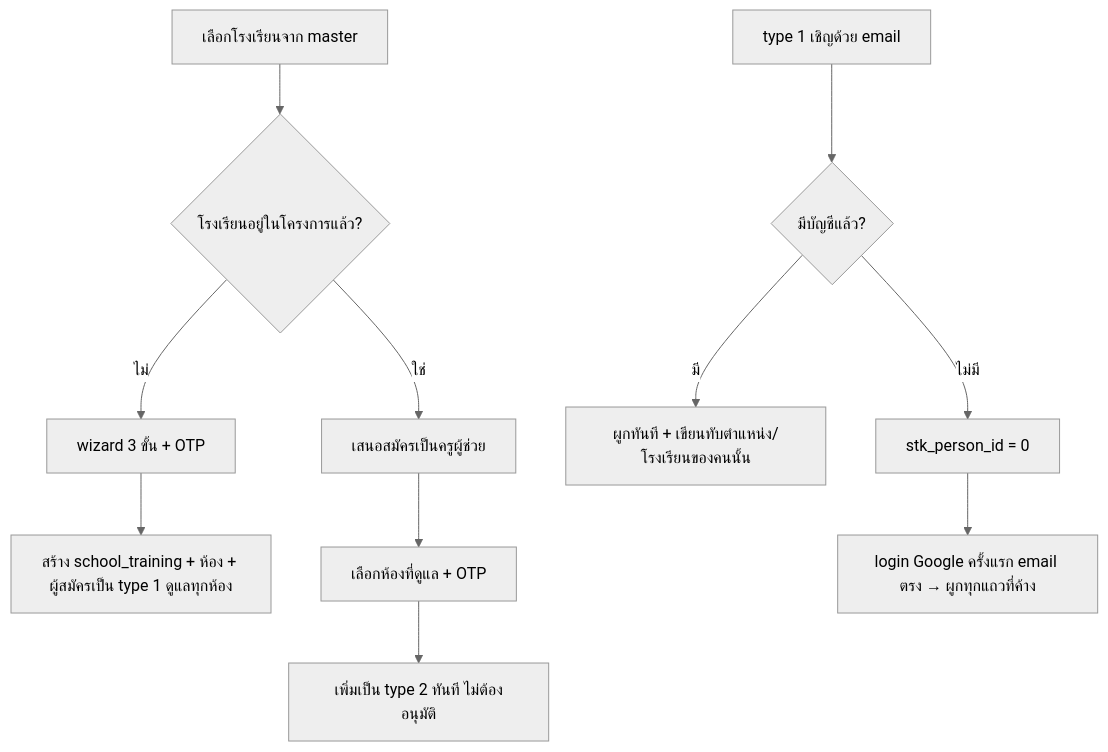
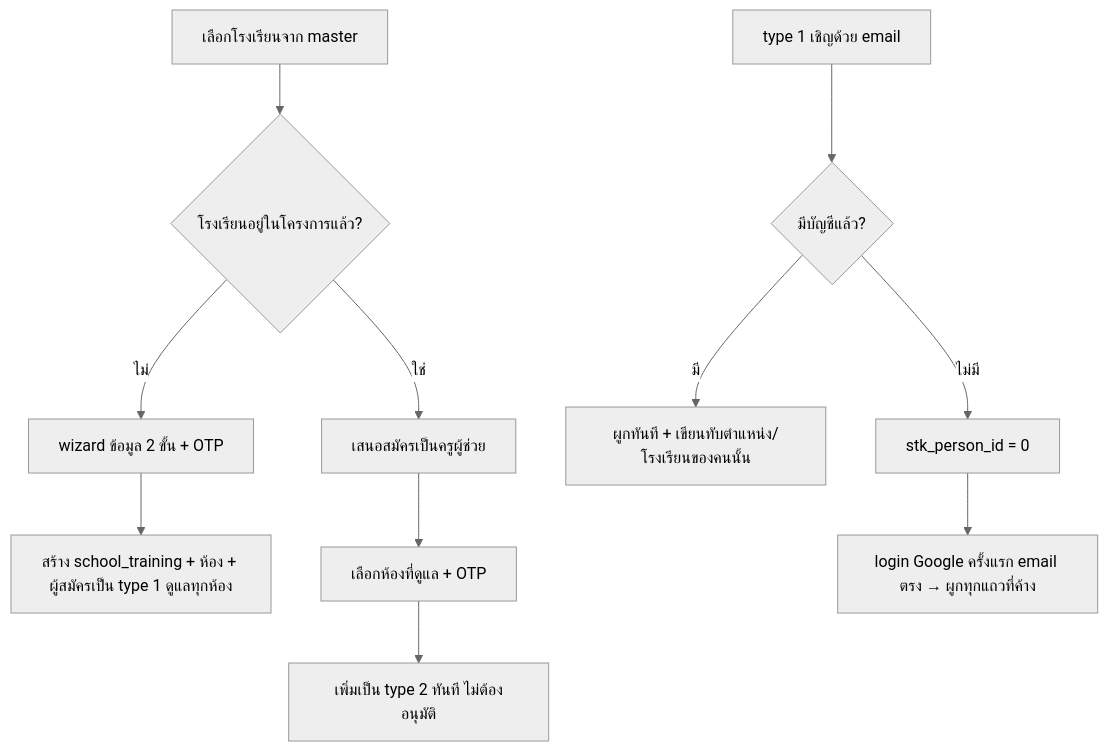
One commit to Gemii-Team/skillwise changed the second of 2 diagrams in docs/feature-spec/02-organization-team.md. Above: the diagram before and after it, drawn with Mermaid (neutral theme). The commit also changed other lines of this file and 15 other files, not shown here.

````diff
--- a/docs/feature-spec/02-organization-team.md
+++ b/docs/feature-spec/02-organization-team.md
@@ -52,9 +52,9 @@
 ```mermaid
 flowchart TD
   S[เลือกโรงเรียนจาก master] --> X{โรงเรียนอยู่ในโครงการแล้ว?}
-  X -- ไม่ --> W[wizard 3 ขั้น + OTP] --> T1[สร้าง school_training + ห้อง + ผู้สมัครเป็น type 1 ดูแลทุกห้อง]
+  X -- ไม่ --> W[wizard ข้อมูล 2 ขั้น + OTP] --> T1[สร้าง school_training + ห้อง + ผู้สมัครเป็น type 1 ดูแลทุกห้อง]
   X -- ใช่ --> A[เสนอสมัครเป็นครูผู้ช่วย] --> A2[เลือกห้องที่ดูแล + OTP] --> T2[เพิ่มเป็น type 2 ทันที ไม่ต้องอนุมัติ]
   I[type 1 เชิญด้วย email] --> Q{มีบัญชีแล้ว?}
   Q -- มี --> B1[ผูกทันที + เขียนทับตำแหน่ง/โรงเรียนของคนนั้น]
   Q -- ไม่มี --> B2[stk_person_id = 0] --> L[login Google ครั้งแรก email ตรง → ผูกทุกแถวที่ค้าง]
 ```
````
